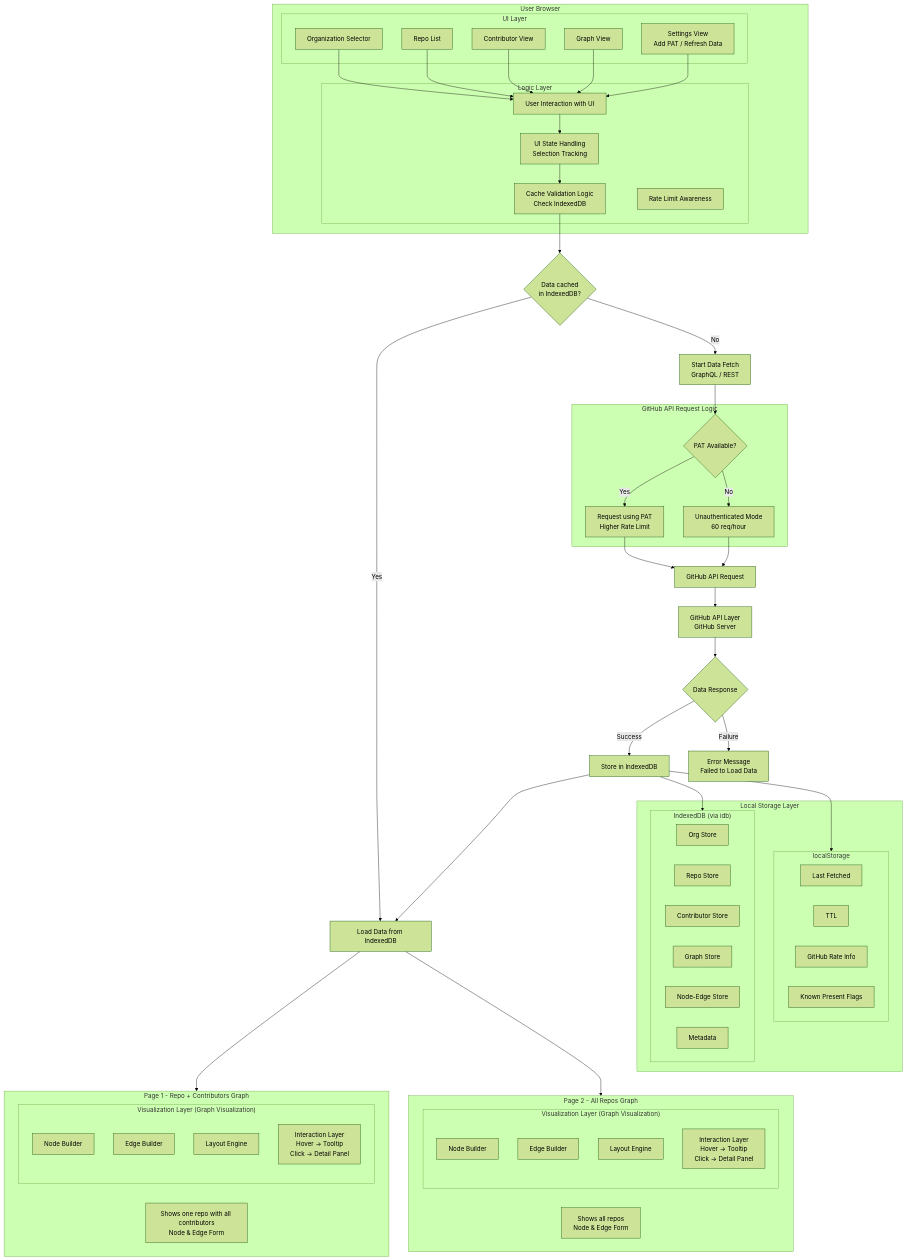
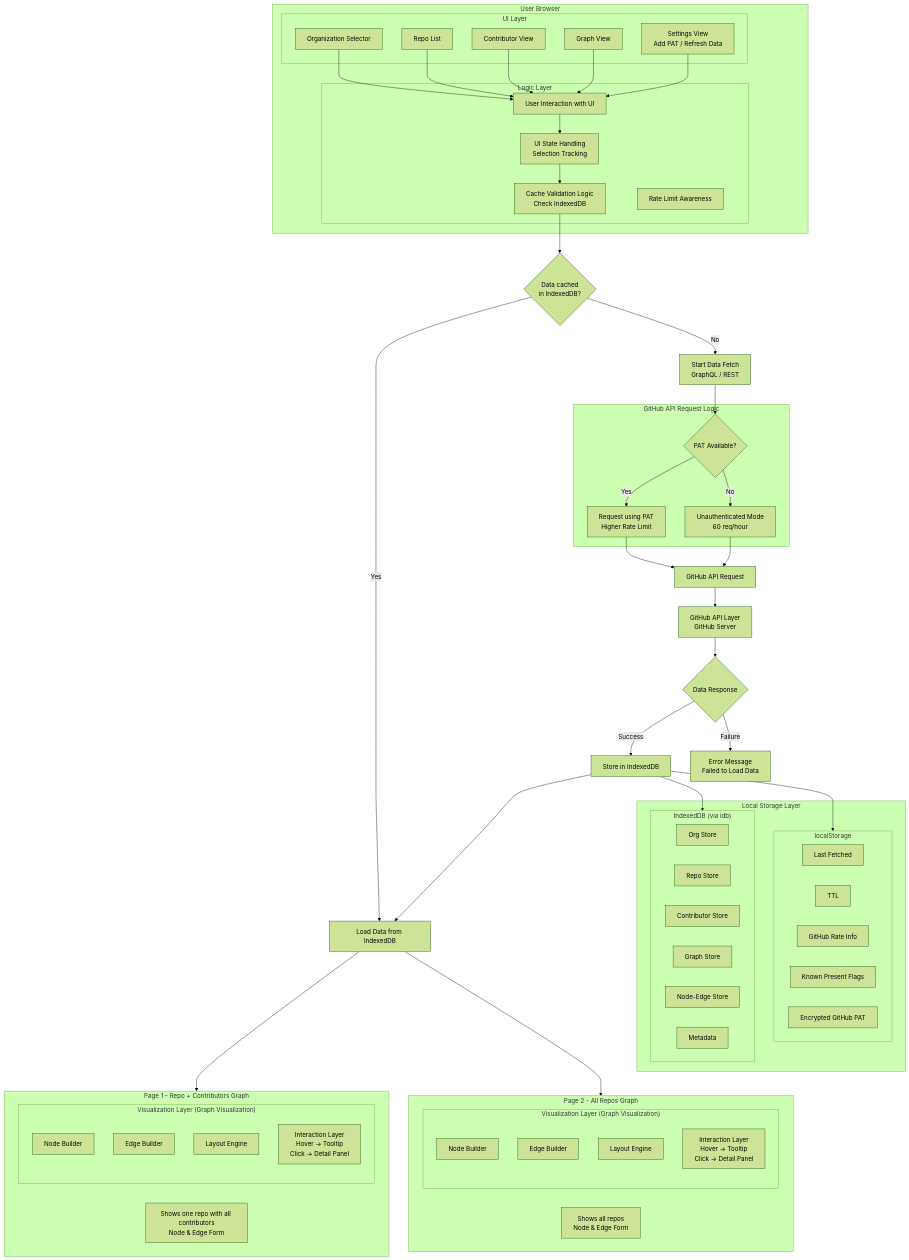
The diagram in README.md (AOSSIE-Org/OrgExplorer), drawn with Mermaid (forest theme) before and after one commit. The commit also changed 16 other files, not shown here.

Commit message:
fix: encrypt GitHub PAT at rest (#421)

```diff
--- a/README.md
+++ b/README.md
@@ -175,6 +175,7 @@
         LS2[TTL]
         LS3[GitHub Rate Info]
         LS4[Known Present Flags]
+        LS5[Encrypted GitHub PAT]
     end
 
 end
```
